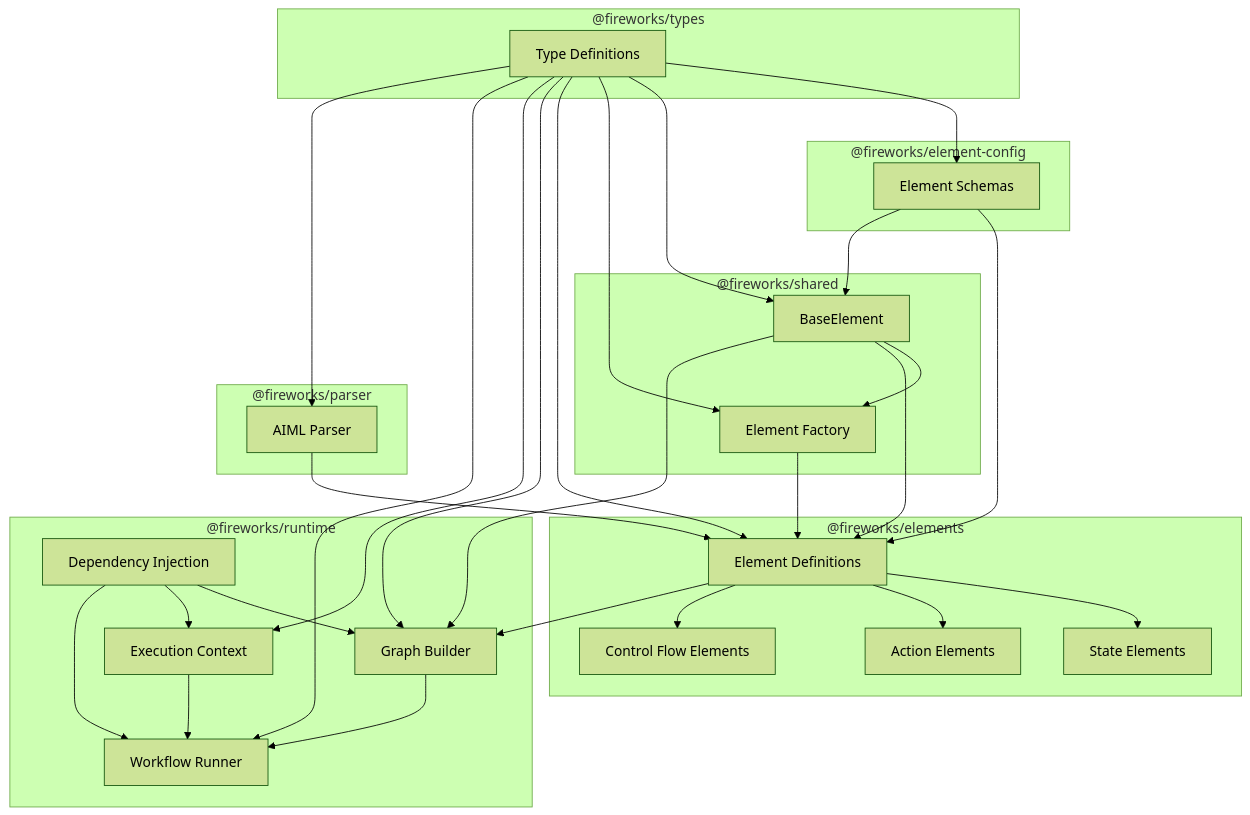
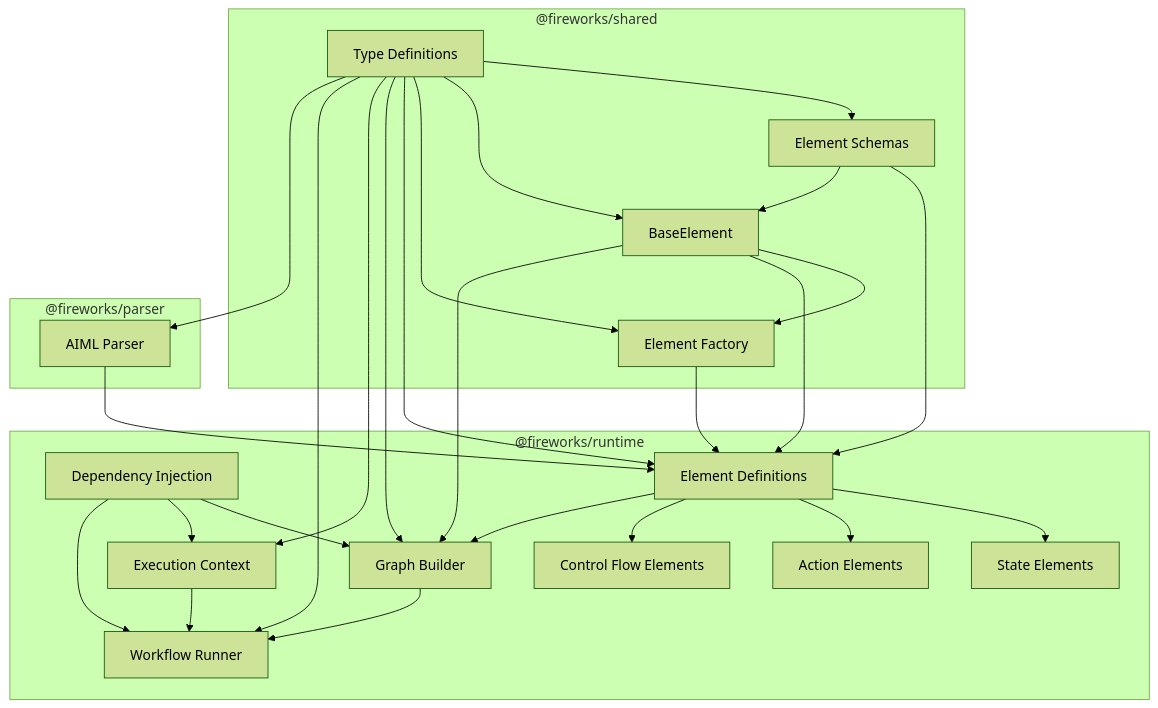
Before and after one commit to fw-ai-external/aiml: the diagram in design-docs/architecture.md, drawn with Mermaid (forest theme). The commit also changed other lines of this file and 206 other files, not shown here.

````diff
--- a/design-docs/architecture.md
+++ b/design-docs/architecture.md
@@ -9,64 +9,57 @@
 ```mermaid
 graph TD
-    subgraph types["@fireworks/types"]
-        TypeDefs["Type Definitions"]
-    end
-
-    subgraph element-config["@fireworks/element-config"]
-        ElementSchemas["Element Schemas"]
-    end
 
     subgraph element-core["@fireworks/shared"]
         BaseElement["BaseElement"]
         Factory["Element Factory"]
+        TypeDefs["Type Definitions"]
+        ElementSchemas["Element Schemas"]
     end
 
-    subgraph elements["@fireworks/elements"]
-        ElementDefs["Element Definitions"]
-        StateElements["State Elements"]
-        ActionElements["Action Elements"]
-        ControlFlowElements["Control Flow Elements"]
-    end
 
     subgraph runtime["@fireworks/runtime"]
         DI["Dependency Injection"]
         GraphBuilder["Graph Builder"]
         ExecutionContext["Execution Context"]
         WorkflowRunner["Workflow Runner"]
+        ElementDefs["Element Definitions"]
+        StateElements["State Elements"]
+        ActionElements["Action Elements"]
+        ControlFlowElements["Control Flow Elements"]
     end
 
     subgraph parser["@fireworks/parser"]
         Parser["AIML Parser"]
     end
 
     TypeDefs --> ElementSchemas
     TypeDefs --> BaseElement
     TypeDefs --> Factory
     TypeDefs --> ElementDefs
     TypeDefs --> GraphBuilder
     TypeDefs --> ExecutionContext
     TypeDefs --> WorkflowRunner
     TypeDefs --> Parser
 
     ElementSchemas --> ElementDefs
     ElementSchemas --> BaseElement
 
     BaseElement --> Factory
     BaseElement --> ElementDefs
     Factory --> ElementDefs
 
     ElementDefs --> StateElements
     ElementDefs --> ActionElements
     ElementDefs --> ControlFlowElements
 
     DI --> GraphBuilder
     DI --> ExecutionContext
     DI --> WorkflowRunner
 
     BaseElement --> GraphBuilder
     ElementDefs --> GraphBuilder
     GraphBuilder --> WorkflowRunner
     ExecutionContext --> WorkflowRunner
 
     Parser --> ElementDefs
 ```
````
